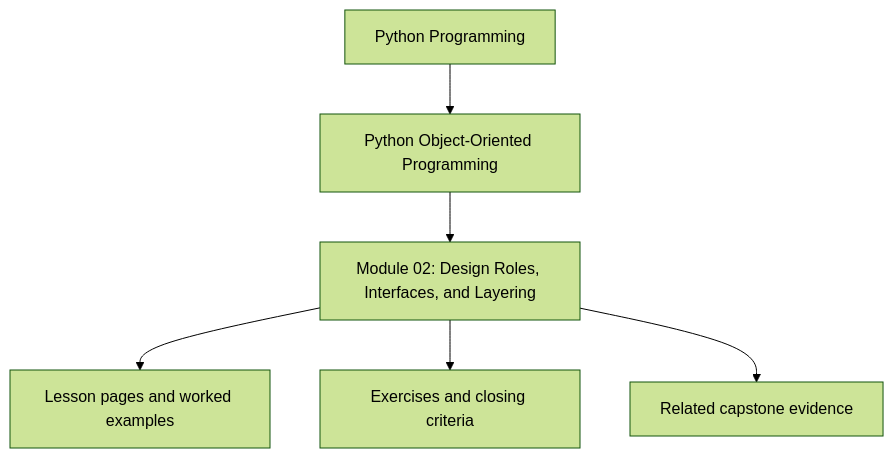
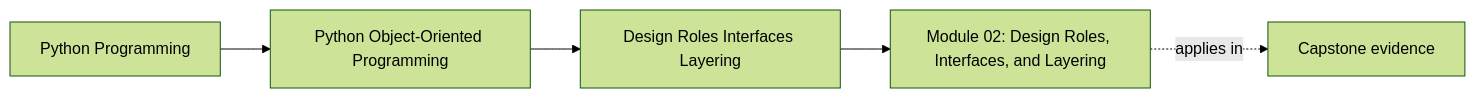
Before and after one commit to bijux/bijux-masterclass: the first of 2 diagrams in programs/python-programming/python-object-oriented-programming/course-book/module-02-design-roles-interfaces-layering/index.md, drawn with Mermaid (forest theme). The commit also changed other lines of this file and 65 other files, not shown here.

Commit message:
docs(python-object-oriented-programming): map object model and design foundations

````diff
--- a/programs/python-programming/python-object-oriented-programming/course-book/module-02-design-roles-interfaces-layering/index.md
+++ b/programs/python-programming/python-object-oriented-programming/course-book/module-02-design-roles-interfaces-layering/index.md
@@ -7,8 +7,11 @@
 ```mermaid
-flowchart TD
-  family["Python Programming"] --> program["Python Object-Oriented Programming"]
-  program --> module["Module 02: Design Roles, Interfaces, and Layering"]
-  module --> lessons["Lesson pages and worked examples"]
-  module --> checkpoints["Exercises and closing criteria"]
-  module --> capstone["Related capstone evidence"]
+graph LR
+  family["Python Programming"]
+  program["Python Object-Oriented Programming"]
+  section["Design Roles Interfaces Layering"]
+  page["Module 02: Design Roles, Interfaces, and Layering"]
+  capstone["Capstone evidence"]
+
+  family --> program --> section --> page
+  page -.applies in.-> capstone
 ```
````
